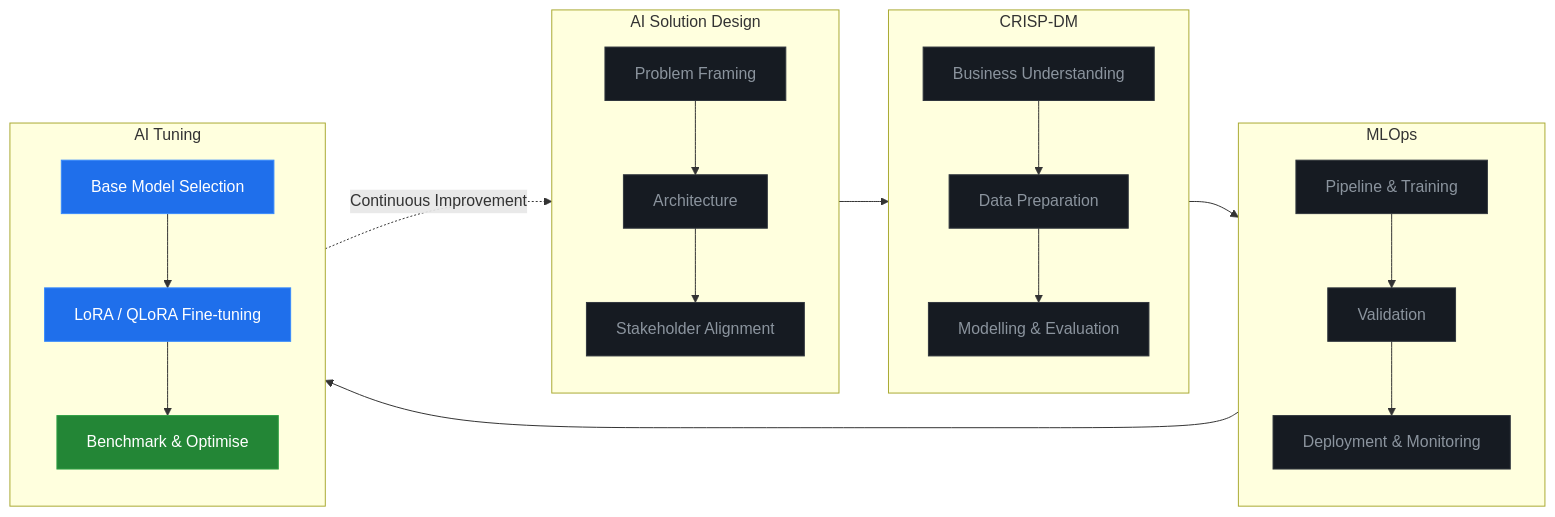
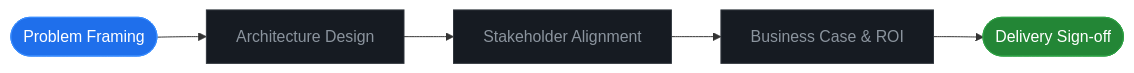
One commit to mydennisee/mydennisee changed the first of 4 diagrams in README.md. Above: the diagram before and after it, drawn with Mermaid. The commit also changed other lines of this file, not shown here.

Commit message:
Split delivery methodology into 4 ordered diagrams, remove agentic architecture

````diff
--- a/README.md
+++ b/README.md
@@ -63,38 +65,13 @@
 ```mermaid
 flowchart LR
-    subgraph S ["  AI Solution Design  "]
-        S1[Problem Framing] --> S2[Architecture]
-        S2 --> S3[Stakeholder Alignment]
-    end
+    A([Problem Framing]) --> B[Architecture Design]
+    B --> C[Stakeholder Alignment]
+    C --> D[Business Case & ROI]
+    D --> E([Delivery Sign-off])
 
-    subgraph C ["  CRISP-DM  "]
-        C1[Business Understanding] --> C2[Data Preparation]
-        C2 --> C3[Modelling & Evaluation]
-    end
-
-    subgraph M ["  MLOps  "]
-        M1[Pipeline & Training] --> M2[Validation]
-        M2 --> M3[Deployment & Monitoring]
-    end
-
-    subgraph T ["  AI Tuning  "]
-        T1[Base Model Selection] --> T2[LoRA / QLoRA Fine-tuning]
-        T2 --> T3[Benchmark & Optimise]
-    end
-
-    S --> C --> M --> T
-    T -.->|Continuous Improvement| S
-
-    style S1 fill:#161b22,color:#8b949e,stroke:#30363d
-    style S2 fill:#161b22,color:#8b949e,stroke:#30363d
-    style S3 fill:#161b22,color:#8b949e,stroke:#30363d
-    style C1 fill:#161b22,color:#8b949e,stroke:#30363d
-    style C2 fill:#161b22,color:#8b949e,stroke:#30363d
-    style C3 fill:#161b22,color:#8b949e,stroke:#30363d
-    style M1 fill:#161b22,color:#8b949e,stroke:#30363d
-    style M2 fill:#161b22,color:#8b949e,stroke:#30363d
-    style M3 fill:#161b22,color:#8b949e,stroke:#30363d
-    style T1 fill:#1f6feb,color:#fff,stroke:#388bfd
-    style T2 fill:#1f6feb,color:#fff,stroke:#388bfd
-    style T3 fill:#238636,color:#fff,stroke:#2ea043
+    style A fill:#1f6feb,color:#fff,stroke:#388bfd
+    style B fill:#161b22,color:#8b949e,stroke:#30363d
+    style C fill:#161b22,color:#8b949e,stroke:#30363d
+    style D fill:#161b22,color:#8b949e,stroke:#30363d
+    style E fill:#238636,color:#fff,stroke:#2ea043
 ```
````
